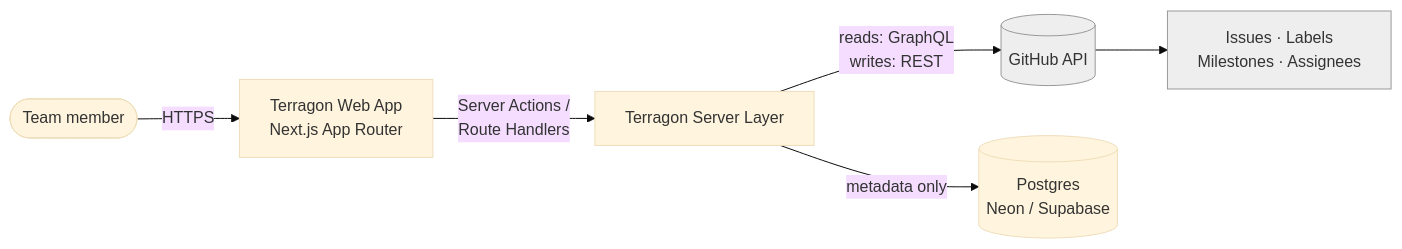
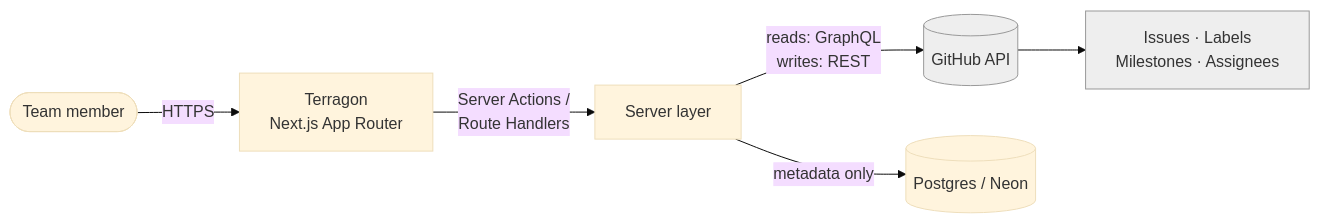
Before and after one commit to vedanta/terragon: the first of 7 diagrams in docs/architecture.md, drawn with Mermaid (base theme). The commit also changed other lines of this file and 11 other files, not shown here.

````diff
--- a/docs/architecture.md
+++ b/docs/architecture.md
@@ -11,11 +9,11 @@
 ```mermaid
 flowchart LR
-  User([Team member]) -->|HTTPS| App[Terragon Web App<br/>Next.js App Router]
-  App -->|Server Actions /<br/>Route Handlers| Server[Terragon Server Layer]
+  User([Team member]) -->|HTTPS| App[Terragon<br/>Next.js App Router]
+  App -->|Server Actions /<br/>Route Handlers| Server[Server layer]
   Server -->|reads: GraphQL<br/>writes: REST| GitHub[(GitHub API)]
-  Server -->|metadata only| DB[(Postgres<br/>Neon / Supabase)]
+  Server -->|metadata only| DB[(Postgres / Neon)]
   GitHub --> Data[Issues · Labels<br/>Milestones · Assignees]
 
   classDef ext fill:#eee,stroke:#999;
   class GitHub,Data ext;
 ```
````
